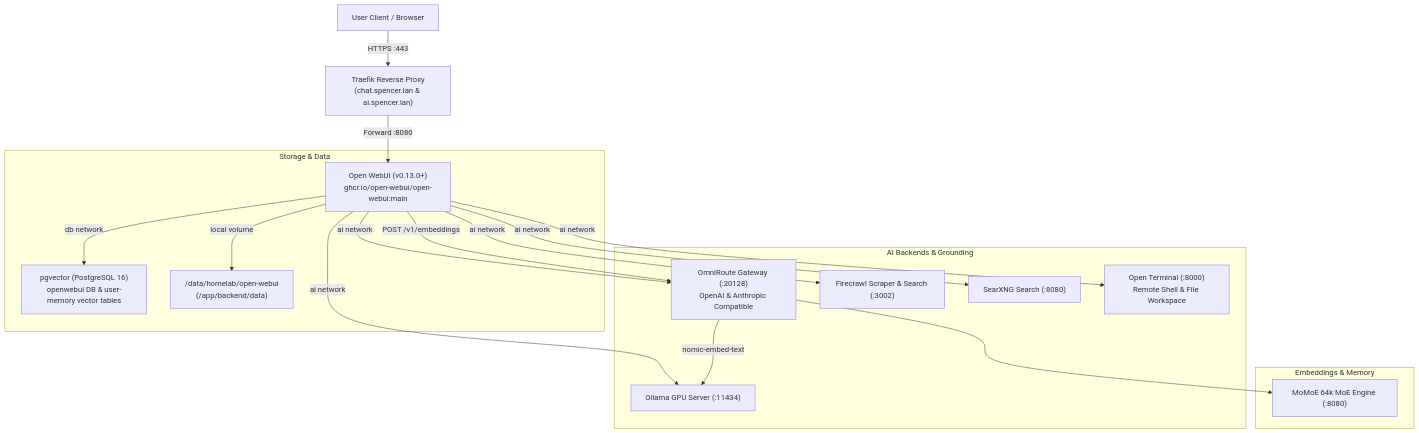
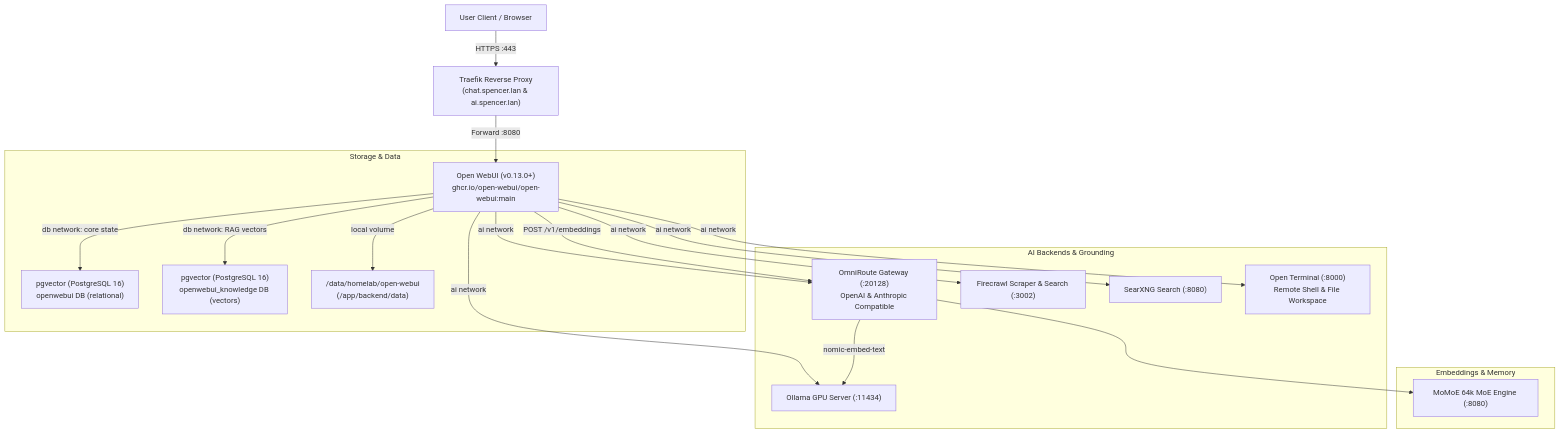
Before and after one commit to jamesbspencer/homelab: the diagram in docs/open-webui.md, drawn with Mermaid. The commit also changed other lines of this file and 14 other files, not shown here.

````diff
--- a/docs/open-webui.md
+++ b/docs/open-webui.md
@@ -31,24 +31,25 @@
 ```mermaid
 graph TD
     User["User Client / Browser"] -->|HTTPS :443| Traefik["Traefik Reverse Proxy<br/>(chat.spencer.lan & ai.spencer.lan)"]
     Traefik -->|Forward :8080| OWUI["Open WebUI (v0.13.0+)<br/>ghcr.io/open-webui/open-webui:main"]
 
     subgraph Storage & Data
-        OWUI -->|db network| PG["pgvector (PostgreSQL 16)<br/>openwebui DB & user-memory vector tables"]
+        OWUI -->|db network: core state| PG["pgvector (PostgreSQL 16)<br/>openwebui DB (relational)"]
+        OWUI -->|db network: RAG vectors| PGK["pgvector (PostgreSQL 16)<br/>openwebui_knowledge DB (vectors)"]
         OWUI -->|local volume| Disk["/data/homelab/open-webui<br/>(/app/backend/data)"]
     end
 
     subgraph AI Backends & Grounding
         OWUI -->|ai network| OmniRoute["OmniRoute Gateway (:20128)<br/>OpenAI & Anthropic Compatible"]
         OWUI -->|ai network| Ollama["Ollama GPU Server (:11434)"]
         OWUI -->|ai network| Firecrawl["Firecrawl Scraper & Search (:3002)"]
         OWUI -->|ai network| SearXNG["SearXNG Search (:8080)"]
         OWUI -->|ai network| OT["Open Terminal (:8000)<br/>Remote Shell & File Workspace"]
     end
 
     subgraph Embeddings & Memory
         OWUI -->|POST /v1/embeddings| OmniRoute
         OmniRoute -->|nomic-embed-text| Ollama
         OmniRoute --> MoMoE["MoMoE 64k MoE Engine (:8080)"]
     end
 ```
````
